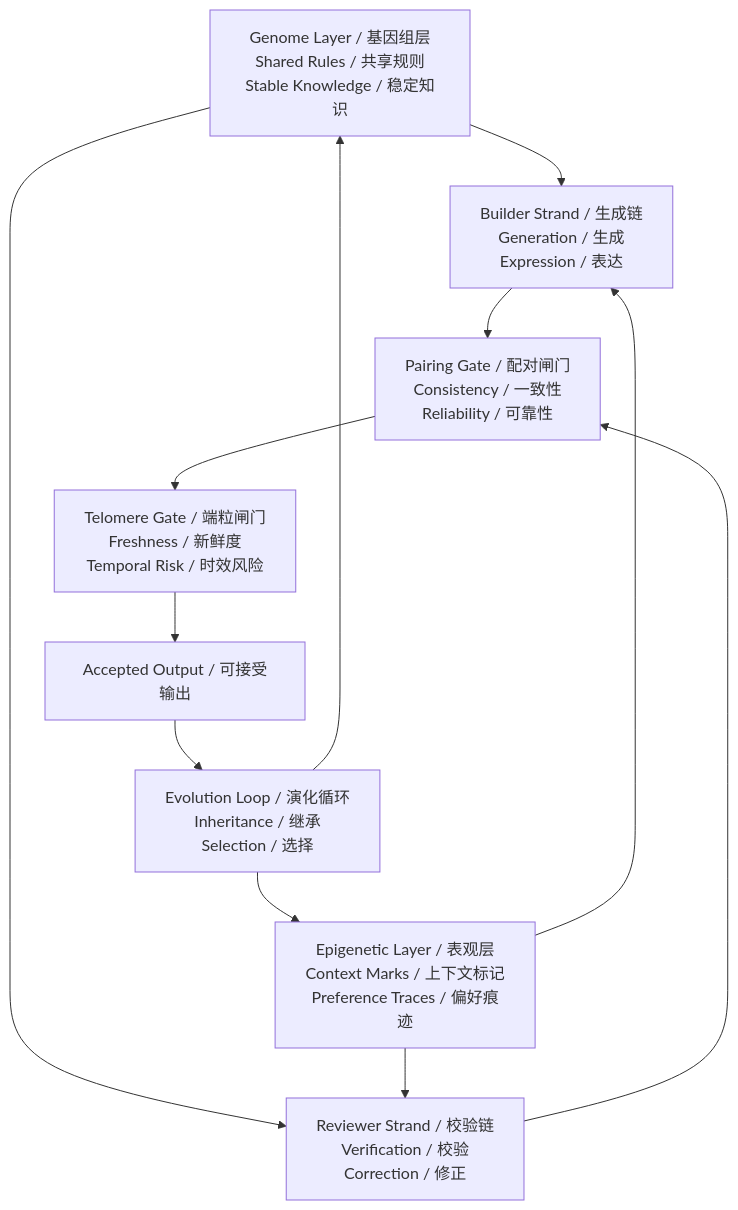
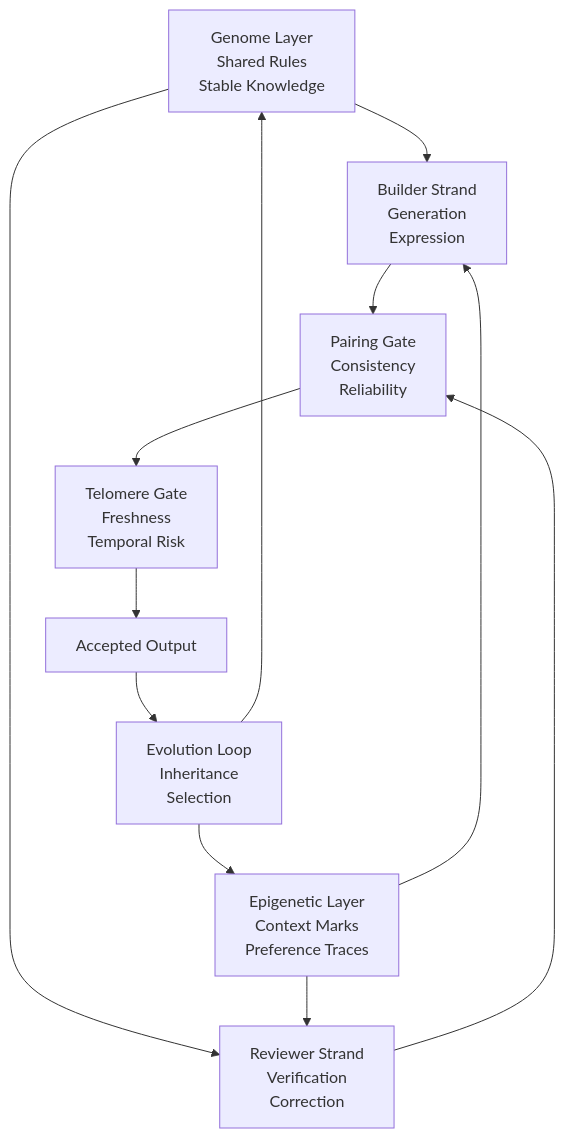
The first of 8 diagrams in README.md (televgtamfe-coder/HelixForge), drawn with Mermaid before and after one commit. The commit also changed other lines of this file and 1 other file, not shown here.

````diff
--- a/README.md
+++ b/README.md
@@ -78,23 +66,23 @@
 ```mermaid
 flowchart TB
-    G["Genome Layer / 基因组层<br/>Shared Rules / 共享规则<br/>Stable Knowledge / 稳定知识"]
-    E["Epigenetic Layer / 表观层<br/>Context Marks / 上下文标记<br/>Preference Traces / 偏好痕迹"]
-    B["Builder Strand / 生成链<br/>Generation / 生成<br/>Expression / 表达"]
-    R["Reviewer Strand / 校验链<br/>Verification / 校验<br/>Correction / 修正"]
-    P["Pairing Gate / 配对闸门<br/>Consistency / 一致性<br/>Reliability / 可靠性"]
-    T["Telomere Gate / 端粒闸门<br/>Freshness / 新鲜度<br/>Temporal Risk / 时效风险"]
-    O["Accepted Output / 可接受输出"]
-    V["Evolution Loop / 演化循环<br/>Inheritance / 继承<br/>Selection / 选择"]
+    G["Genome Layer<br/>Shared Rules<br/>Stable Knowledge"]
+    E["Epigenetic Layer<br/>Context Marks<br/>Preference Traces"]
+    B["Builder Strand<br/>Generation<br/>Expression"]
+    R["Reviewer Strand<br/>Verification<br/>Correction"]
+    P["Pairing Gate<br/>Consistency<br/>Reliability"]
+    T["Telomere Gate<br/>Freshness<br/>Temporal Risk"]
+    O["Accepted Output"]
+    V["Evolution Loop<br/>Inheritance<br/>Selection"]
 
     G --> B
     G --> R
     E --> B
     E --> R
     B --> P
     R --> P
     P --> T
     T --> O
     O --> V
     V --> G
     V --> E
 ```
````
